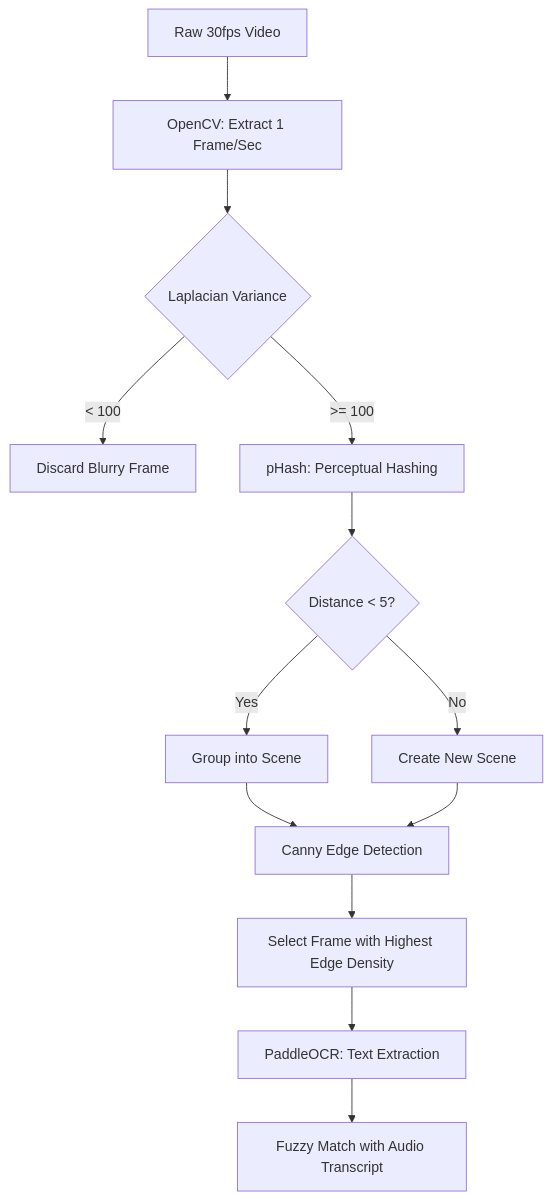
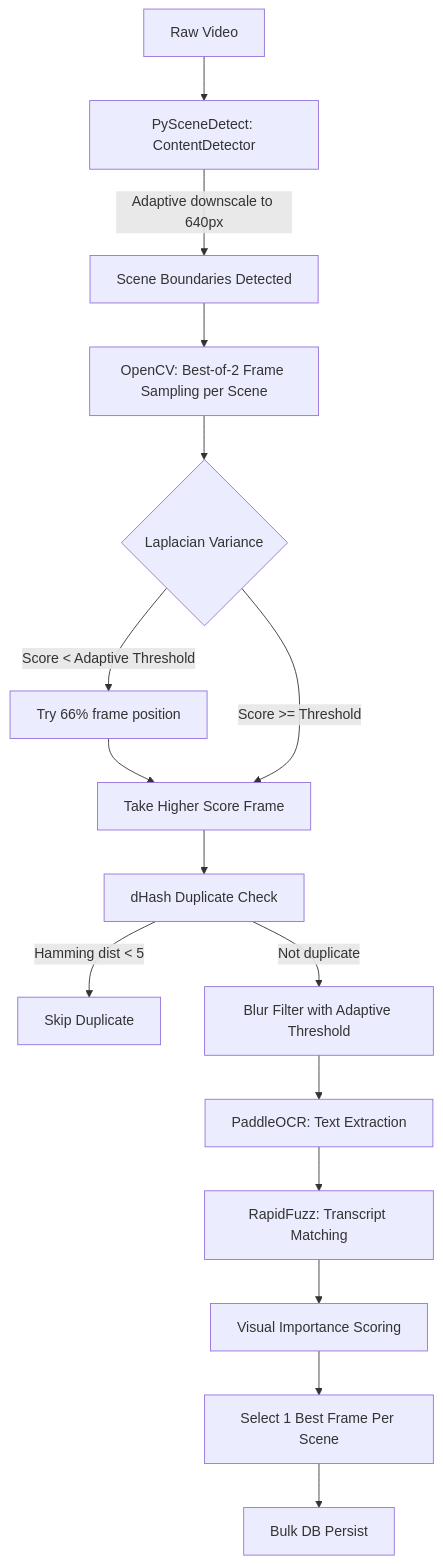
The diagram in docs/Vision_Pipeline.md (Meetvirugama/EduScribe-AI), drawn with Mermaid before and after one commit. The commit also changed other lines of this file and 17 other files, not shown here.

````diff
--- a/docs/Vision_Pipeline.md
+++ b/docs/Vision_Pipeline.md
@@ -7,15 +7,18 @@
 ```mermaid
 graph TD
-    A[Raw 30fps Video] --> B[OpenCV: Extract 1 Frame/Sec]
-    B --> C{Laplacian Variance}
-    C -->|< 100| D[Discard Blurry Frame]
-    C -->|>= 100| E[pHash: Perceptual Hashing]
-    E --> F{Distance < 5?}
-    F -->|Yes| G[Group into Scene]
-    F -->|No| H[Create New Scene]
-    G --> I[Canny Edge Detection]
-    H --> I
-    I --> J[Select Frame with Highest Edge Density]
+    A[Raw Video] --> B[PySceneDetect: ContentDetector]
+    B -->|Adaptive downscale to 640px| C[Scene Boundaries Detected]
+    C --> D[OpenCV: Best-of-2 Frame Sampling per Scene]
+    D --> E{Laplacian Variance}
+    E -->|Score < Adaptive Threshold| F[Try 66% frame position]
+    F --> G[Take Higher Score Frame]
+    E -->|Score >= Threshold| G
+    G --> H[dHash Duplicate Check]
+    H -->|Hamming dist < 5| I[Skip Duplicate]
+    H -->|Not duplicate| J[Blur Filter with Adaptive Threshold]
     J --> K[PaddleOCR: Text Extraction]
-    K --> L[Fuzzy Match with Audio Transcript]
+    K --> L[RapidFuzz: Transcript Matching]
+    L --> M[Visual Importance Scoring]
+    M --> N[Select 1 Best Frame Per Scene]
+    N --> O[Bulk DB Persist]
 ```
````
